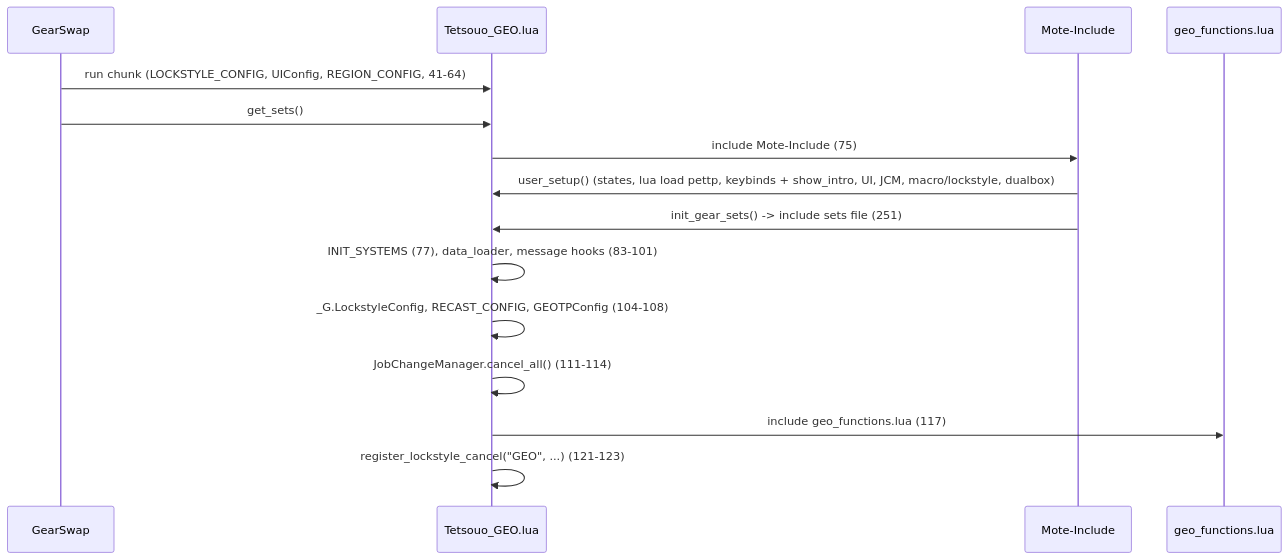
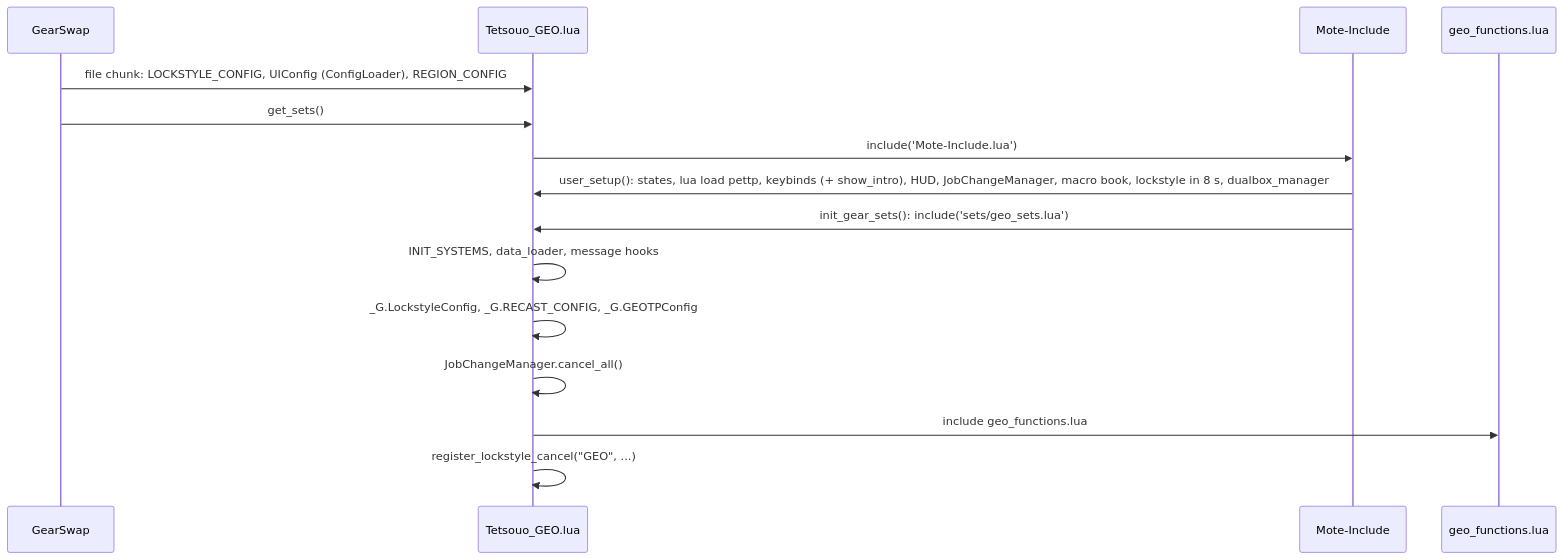
The first of 3 diagrams in docs/dev/jobs/geo.md (ejouanchicot/Gearswap), drawn with Mermaid before and after one commit. The commit also changed other lines of this file and 31 other files, not shown here.

First line of the commit message:
docs(jobs): player hubs for every job, states and dev pages refreshed

````diff
--- a/docs/dev/jobs/geo.md
+++ b/docs/dev/jobs/geo.md
@@ -80,17 +88,17 @@
 ```mermaid
 sequenceDiagram
     participant GS as GearSwap
     participant E as Tetsouo_GEO.lua
     participant M as Mote-Include
     participant F as geo_functions.lua
-    GS->>E: run chunk (LOCKSTYLE_CONFIG, UIConfig, REGION_CONFIG, 41-64)
+    GS->>E: file chunk: LOCKSTYLE_CONFIG, UIConfig (ConfigLoader), REGION_CONFIG
     GS->>E: get_sets()
-    E->>M: include Mote-Include (75)
-    M->>E: user_setup() (states, lua load pettp, keybinds + show_intro, UI, JCM, macro/lockstyle, dualbox)
-    M->>E: init_gear_sets() -> include sets file (251)
-    E->>E: INIT_SYSTEMS (77), data_loader, message hooks (83-101)
-    E->>E: _G.LockstyleConfig, RECAST_CONFIG, GEOTPConfig (104-108)
-    E->>E: JobChangeManager.cancel_all() (111-114)
-    E->>F: include geo_functions.lua (117)
-    E->>E: register_lockstyle_cancel("GEO", ...) (121-123)
+    E->>M: include('Mote-Include.lua')
+    M->>E: user_setup(): states, lua load pettp, keybinds (+ show_intro), HUD, JobChangeManager, macro book, lockstyle in 8 s, dualbox_manager
+    M->>E: init_gear_sets(): include('sets/geo_sets.lua')
+    E->>E: INIT_SYSTEMS, data_loader, message hooks
+    E->>E: _G.LockstyleConfig, _G.RECAST_CONFIG, _G.GEOTPConfig
+    E->>E: JobChangeManager.cancel_all()
+    E->>F: include geo_functions.lua
+    E->>E: register_lockstyle_cancel("GEO", ...)
 ```
````
